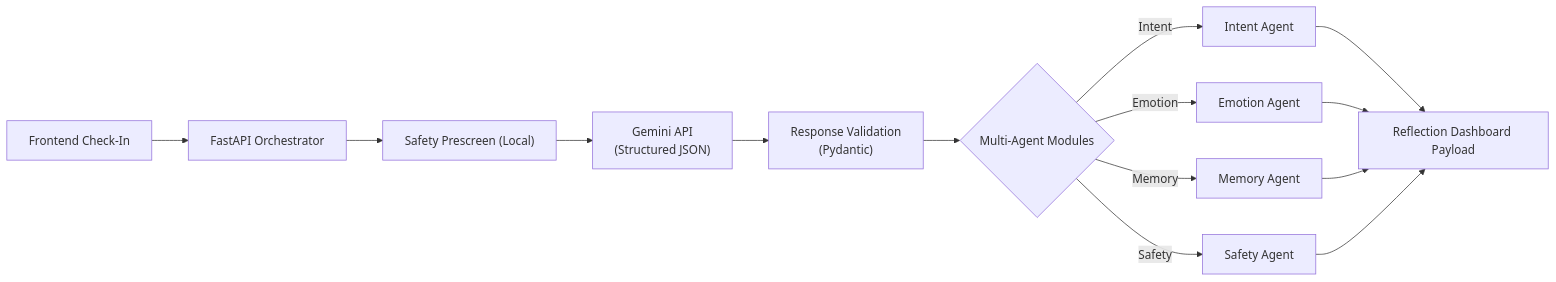
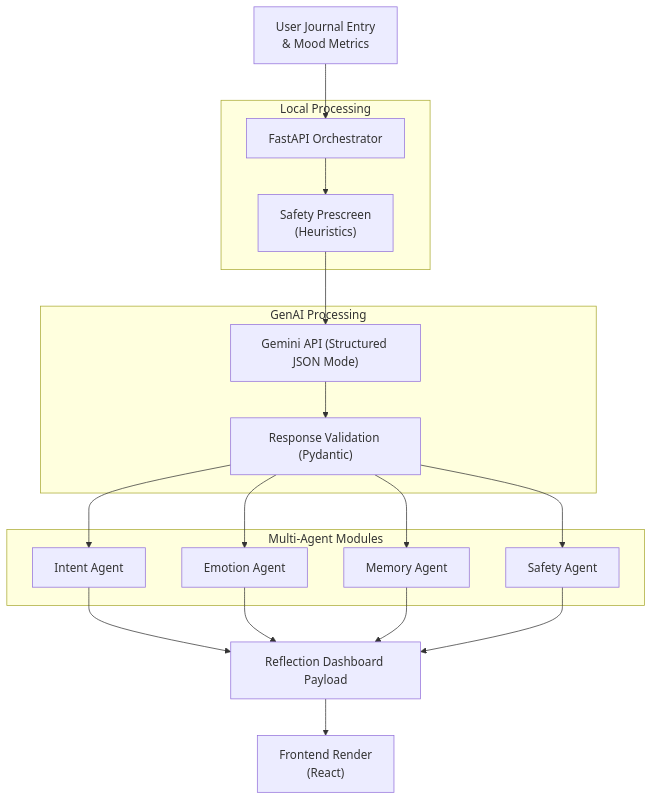
The diagram in README.md (AnindyaRayAhmed/breathe), drawn with Mermaid before and after one commit. The commit also changed other lines of this file and 3 other files, not shown here.

Commit message:
debug(gemini): temporarily expose raw interactions API response payload; docs(readme): strengthen problem alignment, AI workflow visibility, accessibility, efficiency, safety, and judge demo guidance

````diff
--- a/README.md
+++ b/README.md
@@ -50,15 +82,23 @@
 ```mermaid
-flowchart LR
-    A["Frontend Check-In"] --> B["FastAPI Orchestrator"]
-    B --> C["Safety Prescreen (Local)"]
-    C --> D["Gemini API\n(Structured JSON)"]
-    D --> E["Response Validation\n(Pydantic)"]
-    E --> F{"Multi-Agent Modules"}
+flowchart TD
+    A["User Journal Entry\n& Mood Metrics"] --> B["FastAPI Orchestrator"]
     
-    F --> |Intent| G[Intent Agent]
-    F --> |Emotion| H[Emotion Agent]
-    F --> |Memory| I[Memory Agent]
-    F --> |Safety| J[Safety Agent]
+    subgraph Local Processing
+    B --> C["Safety Prescreen\n(Heuristics)"]
+    end
     
-    G & H & I & J --> K["Reflection Dashboard Payload"]
+    subgraph GenAI Processing
+    C --> D["Gemini API (Structured JSON Mode)"]
+    D --> E["Response Validation (Pydantic)"]
+    end
+    
+    subgraph Multi-Agent Modules
+    E --> F["Intent Agent"]
+    E --> G["Emotion Agent"]
+    E --> H["Memory Agent"]
+    E --> I["Safety Agent"]
+    end
+    
+    F & G & H & I --> J["Reflection Dashboard Payload"]
+    J --> K["Frontend Render\n(React)"]
 ```
````
